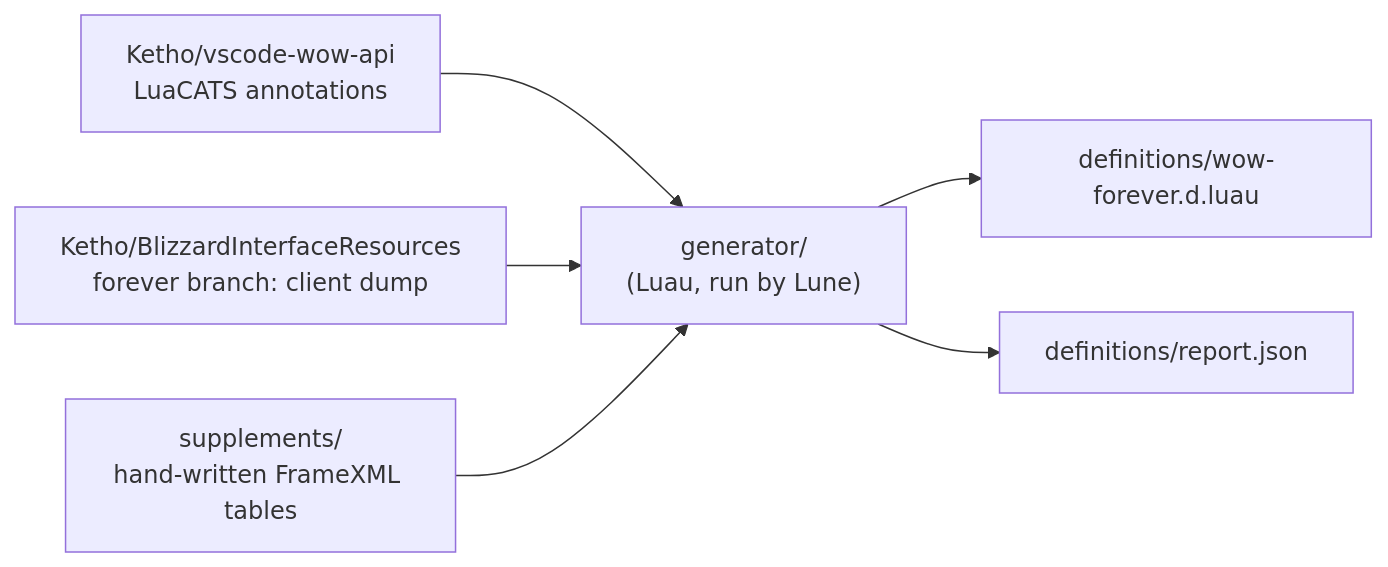
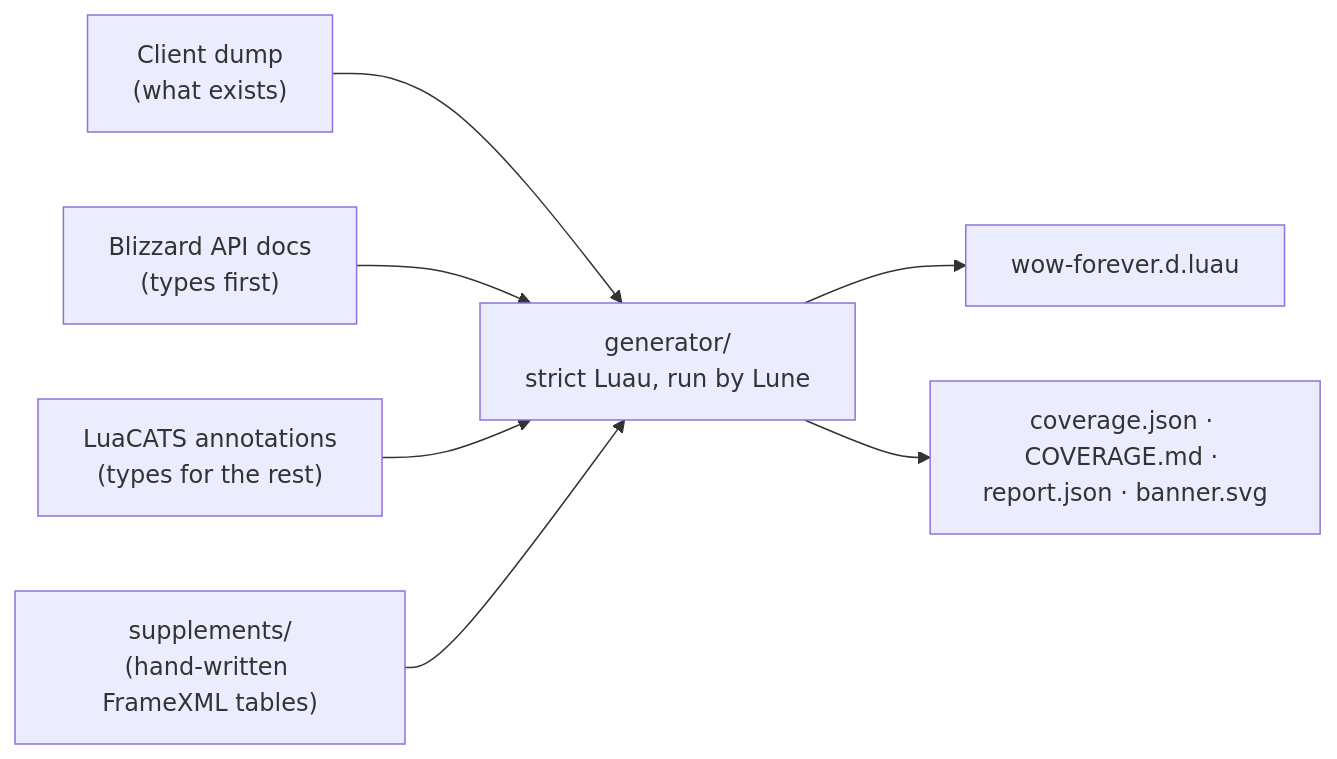
One commit to Braden1996/wow-forever-luau-types changed the diagram in README.md. Above: the diagram before and after it, drawn with Mermaid. The commit also changed other lines of this file and 66 other files, not shown here.

First line of the commit message:
feat!: type from Blizzard's Forever API docs, strict and fully covered (#1)

````diff
--- a/README.md
+++ b/README.md
@@ -128,8 +153,9 @@
 ```mermaid
 flowchart LR
-  A["Ketho/vscode-wow-api<br/>LuaCATS annotations"] --> G["generator/<br/>(Luau, run by Lune)"]
-  R["Ketho/BlizzardInterfaceResources<br/>forever branch: client dump"] --> G
-  S["supplements/<br/>hand-written FrameXML tables"] --> G
-  G --> D["definitions/wow-forever.d.luau"]
-  G --> J["definitions/report.json"]
+  R["Client dump<br/>(what exists)"] --> G["generator/<br/>strict Luau, run by Lune"]
+  D["Blizzard API docs<br/>(types first)"] --> G
+  A["LuaCATS annotations<br/>(types for the rest)"] --> G
+  S["supplements/<br/>(hand-written FrameXML tables)"] --> G
+  G --> O["wow-forever.d.luau"]
+  G --> C["coverage.json · COVERAGE.md · report.json · banner.svg"]
 ```
````
